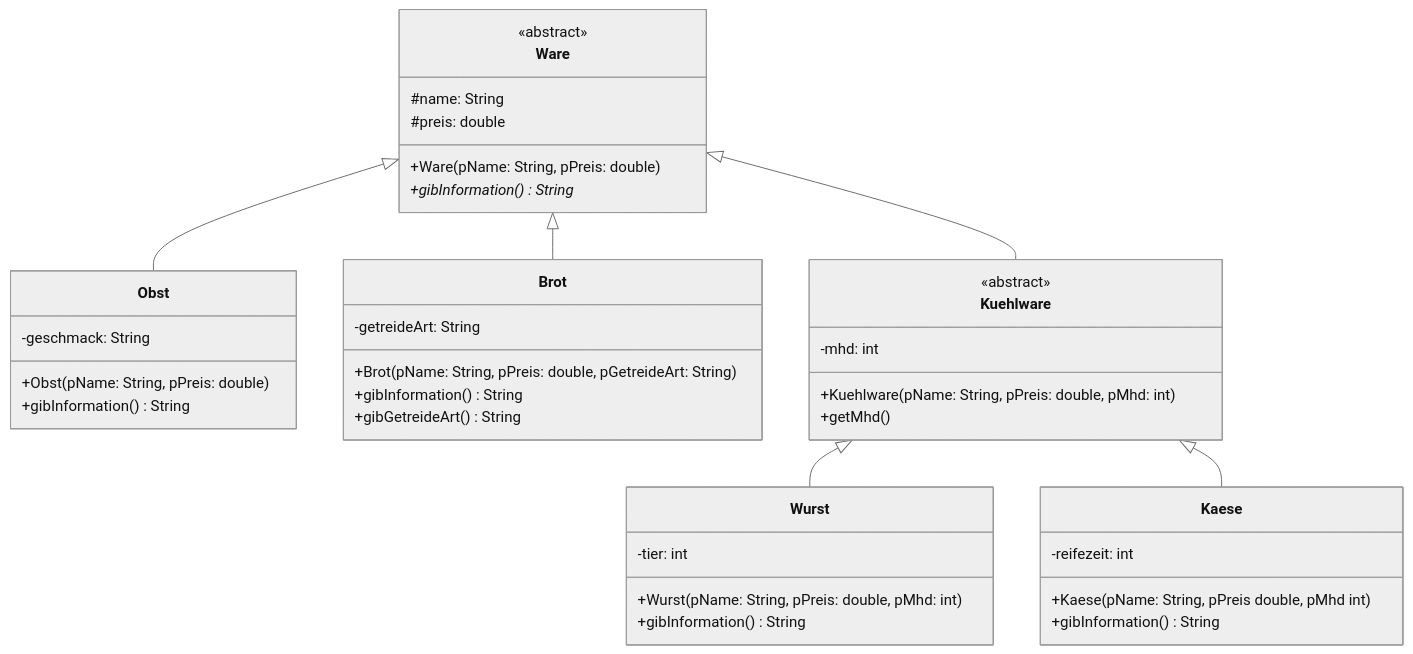
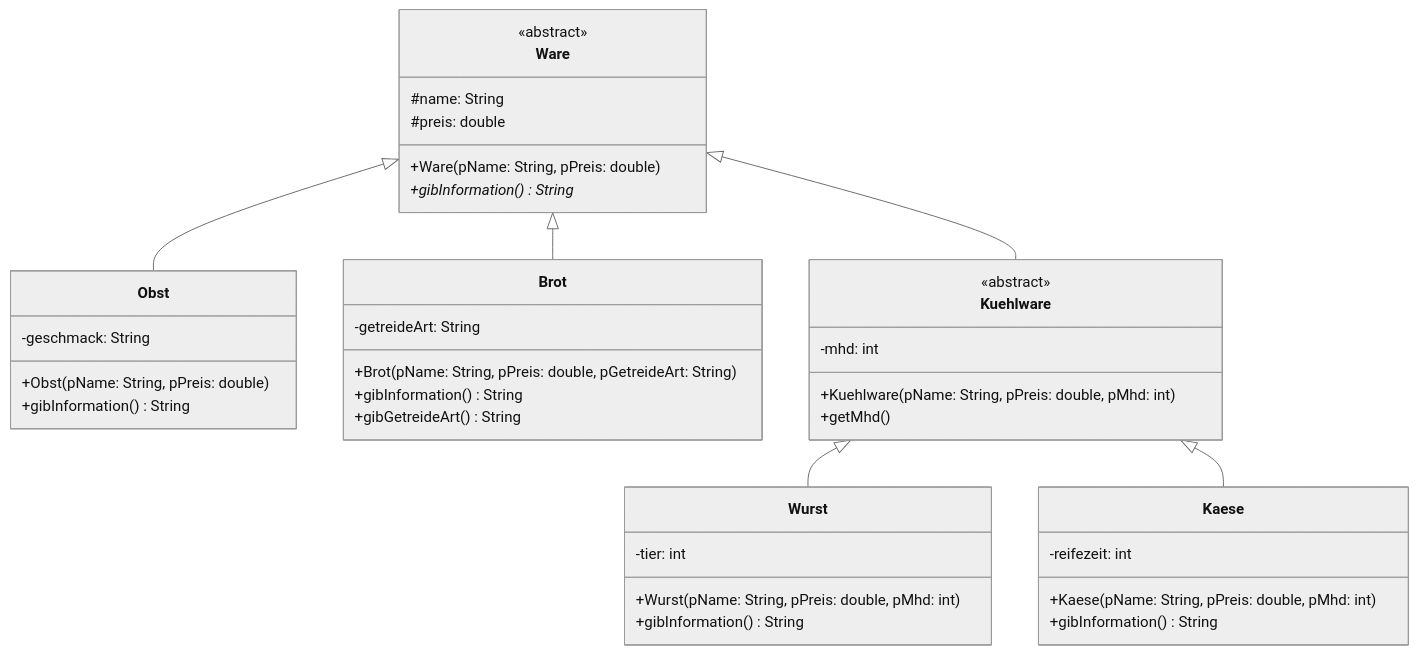
Before and after one commit to openpatch/hyperbook-informatik: the diagram in book/projekte/messenger/grundlagen/abstrakte-klassen.md, drawn with Mermaid (neutral theme). The commit also changed 19 other files, not shown here.

Commit message:
richtige implementationsdiagramme

````diff
--- a/book/projekte/messenger/grundlagen/abstrakte-klassen.md
+++ b/book/projekte/messenger/grundlagen/abstrakte-klassen.md
@@ -13,49 +13,49 @@
 ```mermaid
 classDiagram
     class Ware {
         <<abstract>>
         #name: String
         #preis: double
         +Ware(pName: String, pPreis: double)
         +gibInformation() String*
     }
 
     class Obst {
         -geschmack: String
         +Obst(pName: String, pPreis: double)
         +gibInformation() String
     }
 
     class Brot {
         -getreideArt: String
         +Brot(pName: String, pPreis: double, pGetreideArt: String)
         +gibInformation() String
         +gibGetreideArt() String
     }
 
     class Kuehlware {
         <<abstract>>
         -mhd: int
         +Kuehlware(pName: String, pPreis: double, pMhd: int)
         +getMhd()
     }
 
     class Wurst {
         -tier: int
         +Wurst(pName: String, pPreis: double, pMhd: int)
         +gibInformation() String
     }
 
     class Kaese {
         -reifezeit: int
-        +Kaese(pName: String, pPreis double, pMhd int)
+        +Kaese(pName: String, pPreis: double, pMhd: int)
         +gibInformation() String
     }
 
     Ware <|-- Obst
     Ware <|-- Brot
     Ware <|-- Kuehlware
     Kuehlware <|-- Wurst
     Kuehlware <|-- Kaese
 
 ```
````
